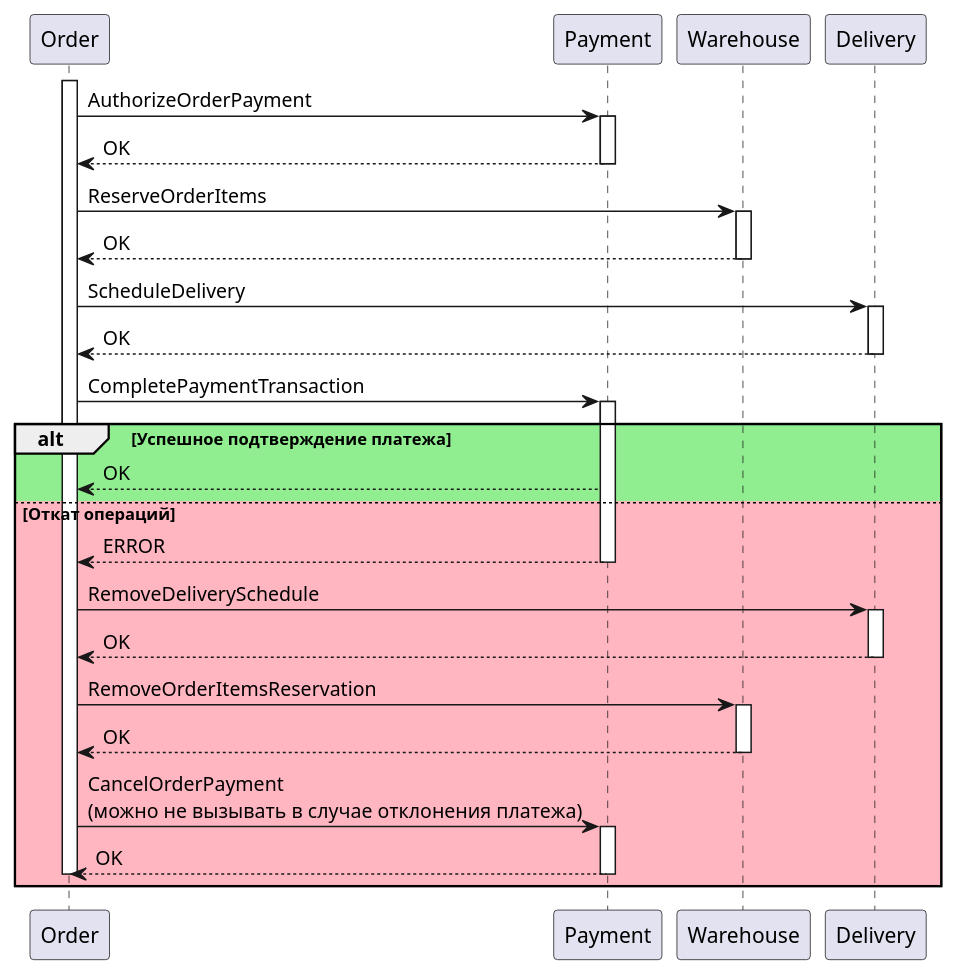
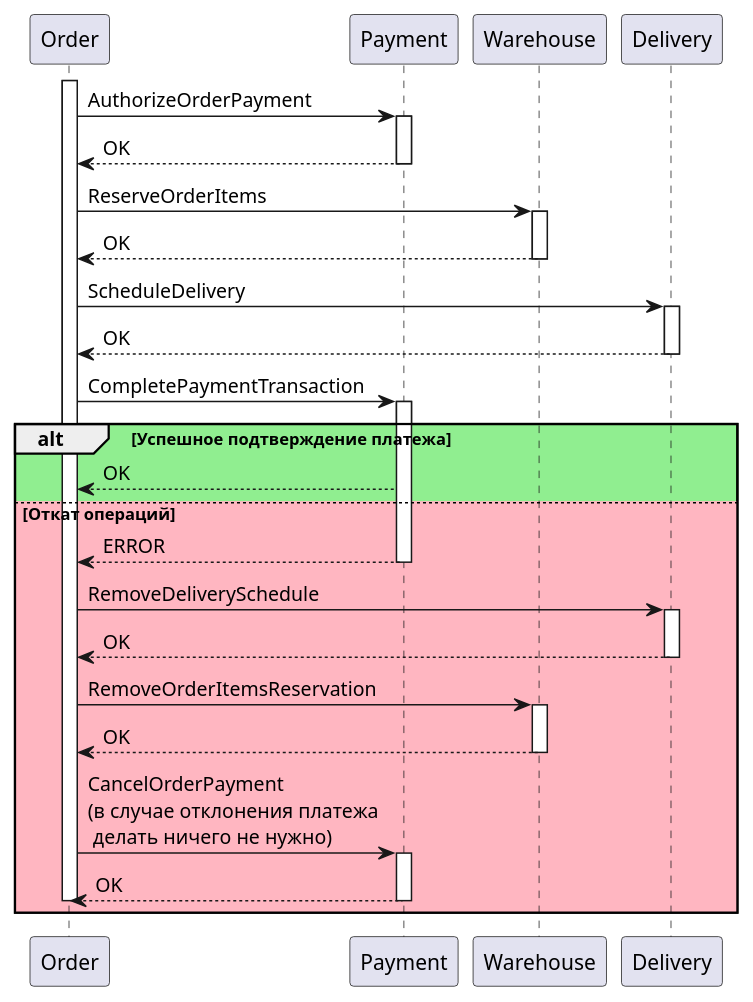
One commit to klwxsrx/arch-course-project changed the diagram in docs/purchase_process.puml. Above: the diagram before and after it, drawn with PlantUML. The commit also changed 1 other file, not shown here.

```diff
--- a/docs/purchase_process.puml
+++ b/docs/purchase_process.puml
@@ -1,56 +1,56 @@
 @startuml
 
 activate Order
 
 Order -> Payment: AuthorizeOrderPayment
 activate Payment
 
 Order <-- Payment: OK
 deactivate Payment
 
 Order -> Warehouse: ReserveOrderItems
 activate Warehouse
 
 Order <-- Warehouse: OK
 deactivate Warehouse
 
 Order -> Delivery: ScheduleDelivery
 activate Delivery
 
 Order <-- Delivery: OK
 deactivate Delivery
 
 Order -> Payment: CompletePaymentTransaction
 activate Payment
 
 alt #lightgreen Успешное подтверждение платежа
 
 Order <-- Payment: OK
 
 else #lightpink Откат операций
 
 Order <-- Payment: ERROR
 deactivate Payment
 
 Order -> Delivery: RemoveDeliverySchedule
 activate Delivery
 
 Order <-- Delivery: OK
 deactivate Delivery
 
 Order -> Warehouse: RemoveOrderItemsReservation
 activate Warehouse
 
 Order <-- Warehouse: OK
 deactivate Warehouse
 
-Order -> Payment: CancelOrderPayment\n(можно не вызывать в случае отклонения платежа)
+Order -> Payment: CancelOrderPayment\n(в случае отклонения платежа\n делать ничего не нужно)
 activate Payment
 
 Order <-- Payment: OK
 deactivate Payment
 deactivate Order
 
 end
 
 @enduml
```
